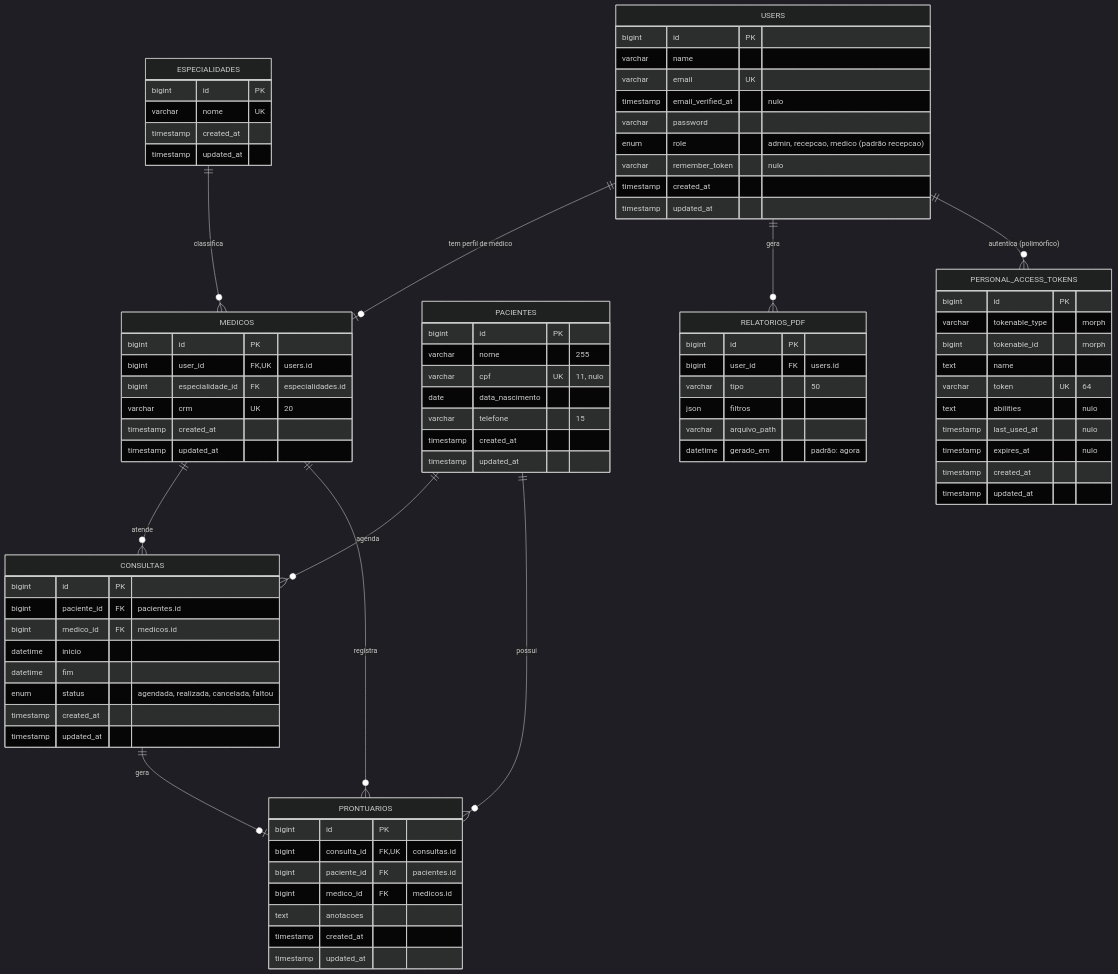
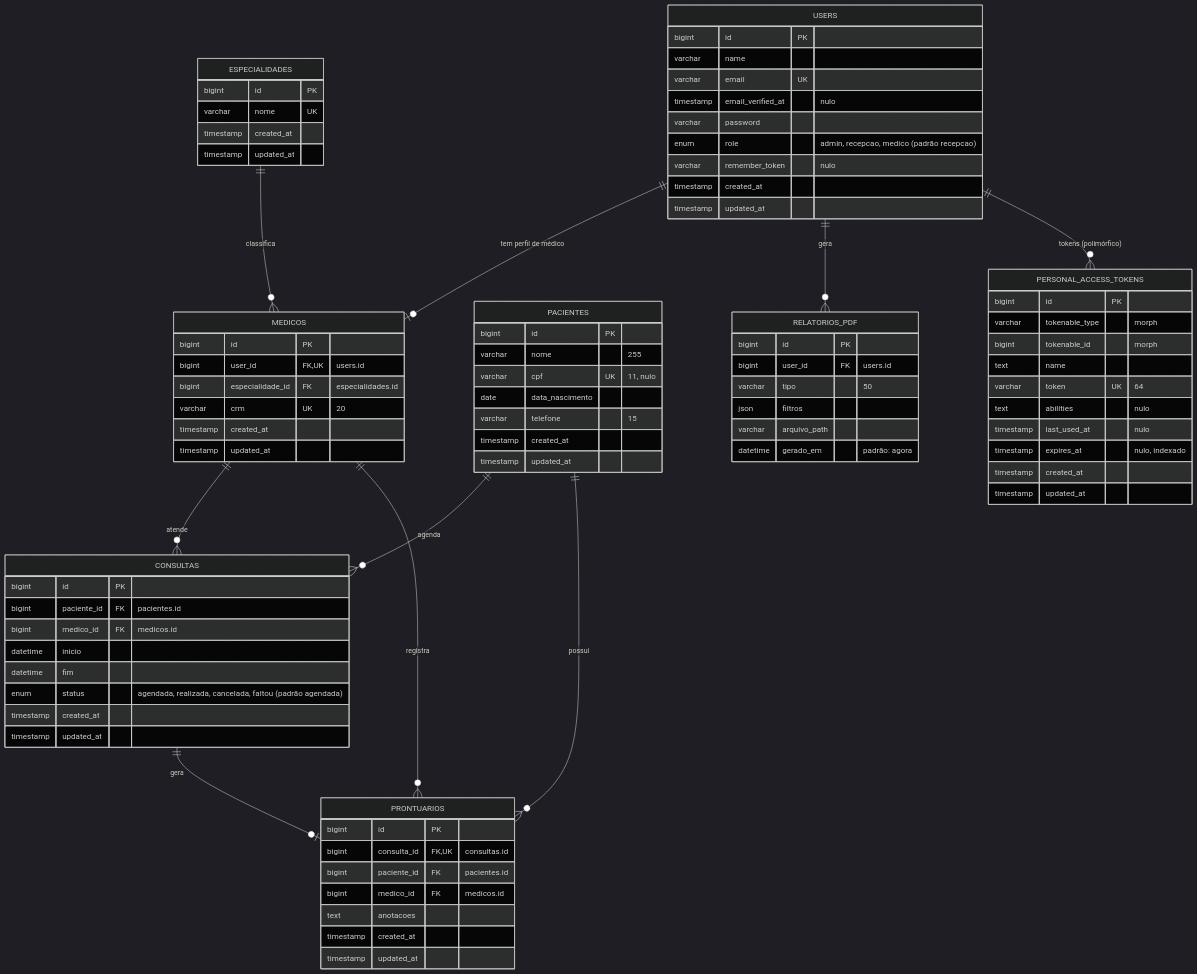
One commit to Firmino03/CliniGo changed the second of 3 diagrams in README.md. Above: the diagram before and after it, drawn with Mermaid (dark theme). The commit also changed other lines of this file, not shown here.

First line of the commit message:
Revise project overview and status in README

```diff
--- a/README.md
+++ b/README.md
@@ -37,7 +119,7 @@
     PACIENTES ||--o{ PRONTUARIOS : "possui"
     MEDICOS ||--o{ PRONTUARIOS : "registra"
     USERS ||--o{ RELATORIOS_PDF : "gera"
-    USERS ||--o{ PERSONAL_ACCESS_TOKENS : "autentica (polimórfico)"
+    USERS ||--o{ PERSONAL_ACCESS_TOKENS : "tokens (polimórfico)"
 
     USERS {
         bigint id PK
@@ -83,7 +165,7 @@
         bigint medico_id FK "medicos.id"
         datetime inicio
         datetime fim
-        enum status "agendada, realizada, cancelada, faltou"
+        enum status "agendada, realizada, cancelada, faltou (padrão agendada)"
         timestamp created_at
         timestamp updated_at
     }
@@ -115,7 +197,7 @@
         varchar token UK "64"
         text abilities "nulo"
         timestamp last_used_at "nulo"
-        timestamp expires_at "nulo"
+        timestamp expires_at "nulo, indexado"
         timestamp created_at
         timestamp updated_at
     }
```
